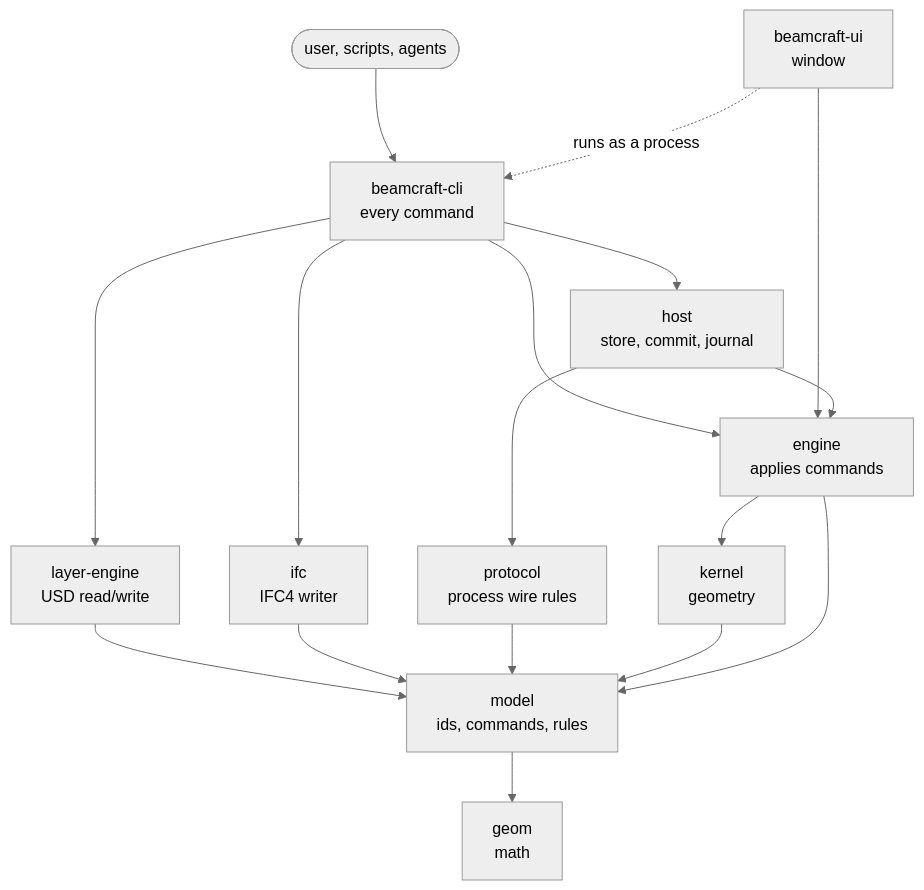
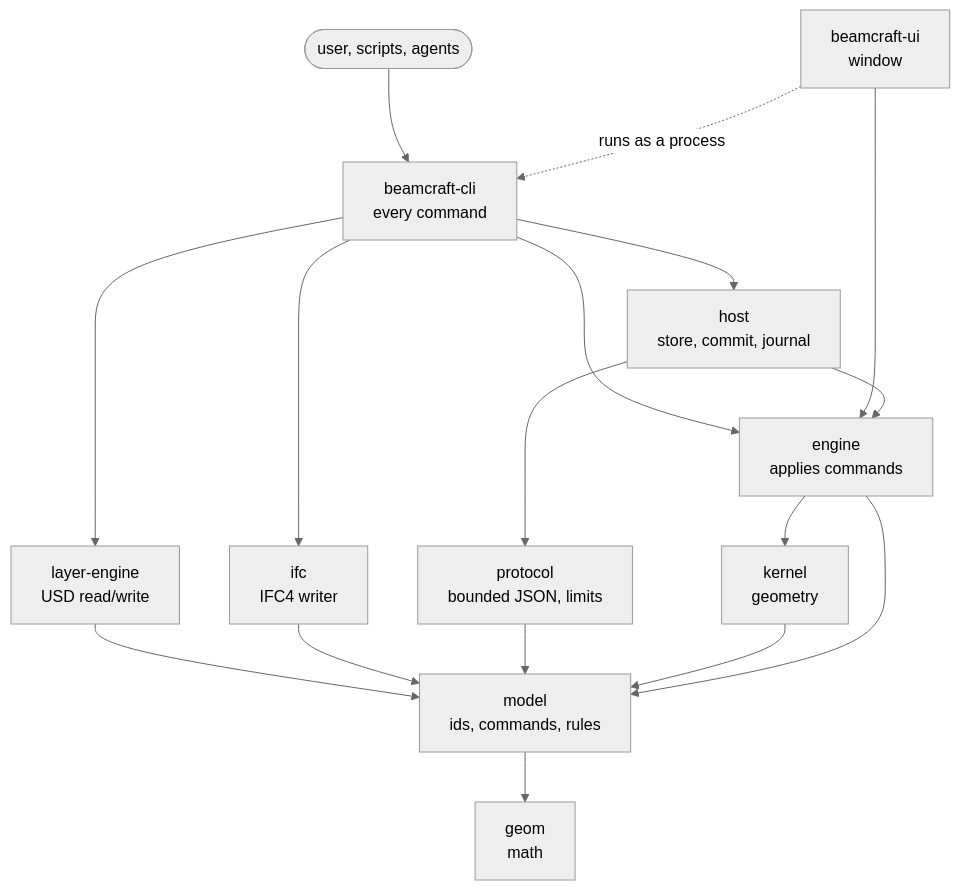
The first of 2 diagrams in docs/architecture.md (Apibim-com/BeamCraft), drawn with Mermaid (neutral theme) before and after one commit. The commit also changed other lines of this file and 9 other files, not shown here.

````diff
--- a/docs/architecture.md
+++ b/docs/architecture.md
@@ -42,22 +42,22 @@
 ```mermaid
 flowchart TD
     user(["user, scripts, agents"]) --> cli
     ui["beamcraft-ui<br/>window"] -. "runs as a process" .-> cli
     cli["beamcraft-cli<br/>every command"]
 
     cli --> host
     cli --> engine
     cli --> le
     cli --> ifc
     ui --> engine
 
     host["host<br/>store, commit, journal"] --> engine
     host --> protocol
     engine["engine<br/>applies commands"] --> kernel
     le["layer-engine<br/>USD read/write"] --> model
     ifc["ifc<br/>IFC4 writer"] --> model
-    protocol["protocol<br/>process wire rules"] --> model
+    protocol["protocol<br/>bounded JSON, limits"] --> model
     kernel["kernel<br/>geometry"] --> model
     engine --> model
     model["model<br/>ids, commands, rules"] --> geom["geom<br/>math"]
 ```
````
